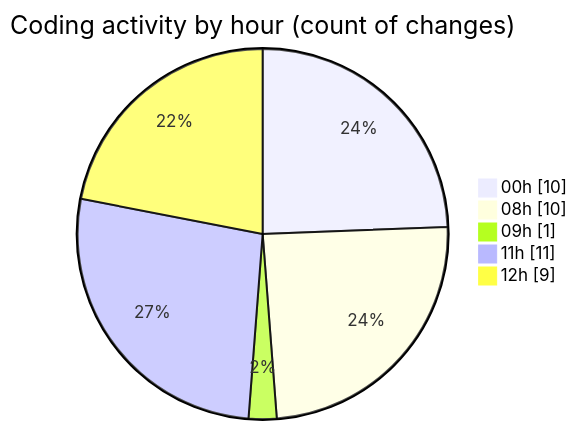
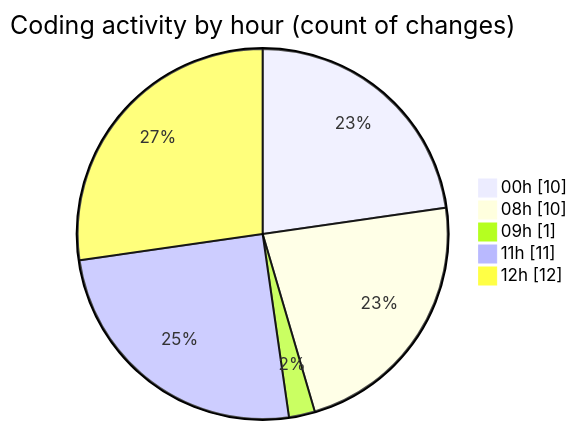
The second of 2 diagrams in 2026-01-20/nxtqube_webapp/README.md (nxtqubesakshisongat/code-tracking), drawn with Mermaid before and after one commit. The commit also changed other lines of this file and 1 other file, not shown here.

````diff
--- a/2026-01-20/nxtqube_webapp/README.md
+++ b/2026-01-20/nxtqube_webapp/README.md
@@ -35,9 +35,9 @@
 ```mermaid
 pie showData
 title Coding activity by hour (count of changes)
 "00h" : 10
 "08h" : 10
 "09h" : 1
 "11h" : 11
-"12h" : 9
+"12h" : 12
 ```
````
